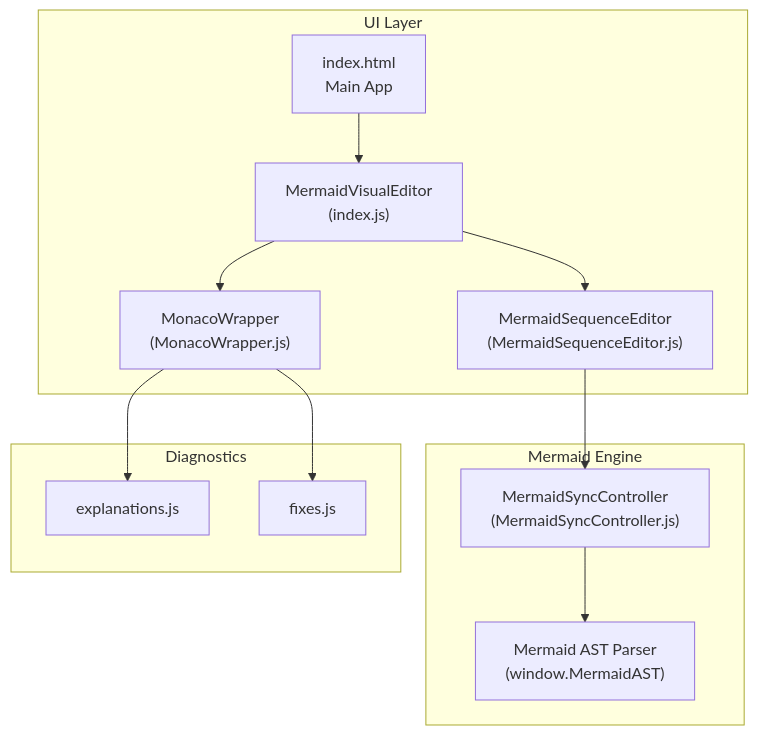
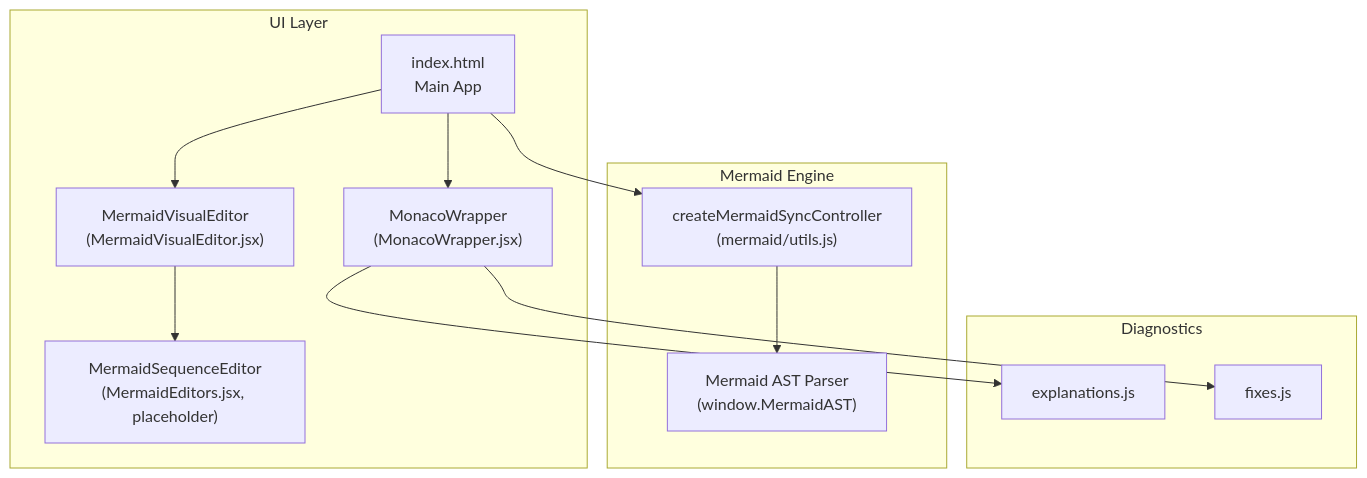
Before and after one commit to ongchonghian/universal-diagram-editor: the first of 8 diagrams in .qoder/repowiki/en/content/Diagram Types and Formats/Mermaid Diagrams/Sequence Diagrams.md, drawn with Mermaid. The commit also changed other lines of this file and 31 other files, not shown here.

````diff
--- a/.qoder/repowiki/en/content/Diagram Types and Formats/Mermaid Diagrams/Sequence Diagrams.md
+++ b/.qoder/repowiki/en/content/Diagram Types and Formats/Mermaid Diagrams/Sequence Diagrams.md
@@ -41,24 +37,24 @@
 ```mermaid
 graph TB
 subgraph "UI Layer"
 A["index.html<br/>Main App"]
-B["MermaidVisualEditor<br/>(index.js)"]
-C["MermaidSequenceEditor<br/>(MermaidSequenceEditor.js)"]
-D["MonacoWrapper<br/>(MonacoWrapper.js)"]
+B["MermaidVisualEditor<br/>(MermaidVisualEditor.jsx)"]
+C["MermaidSequenceEditor<br/>(MermaidEditors.jsx, placeholder)"]
+D["MonacoWrapper<br/>(MonacoWrapper.jsx)"]
 end
 subgraph "Mermaid Engine"
 E["Mermaid AST Parser<br/>(window.MermaidAST)"]
-F["MermaidSyncController<br/>(MermaidSyncController.js)"]
+F["createMermaidSyncController<br/>(mermaid/utils.js)"]
 end
 subgraph "Diagnostics"
 G["explanations.js"]
 H["fixes.js"]
 end
 A --> B
+A --> D
 B --> C
-B --> D
-C --> F
+A --> F
 F --> E
 D --> G
 D --> H
 ```
````
